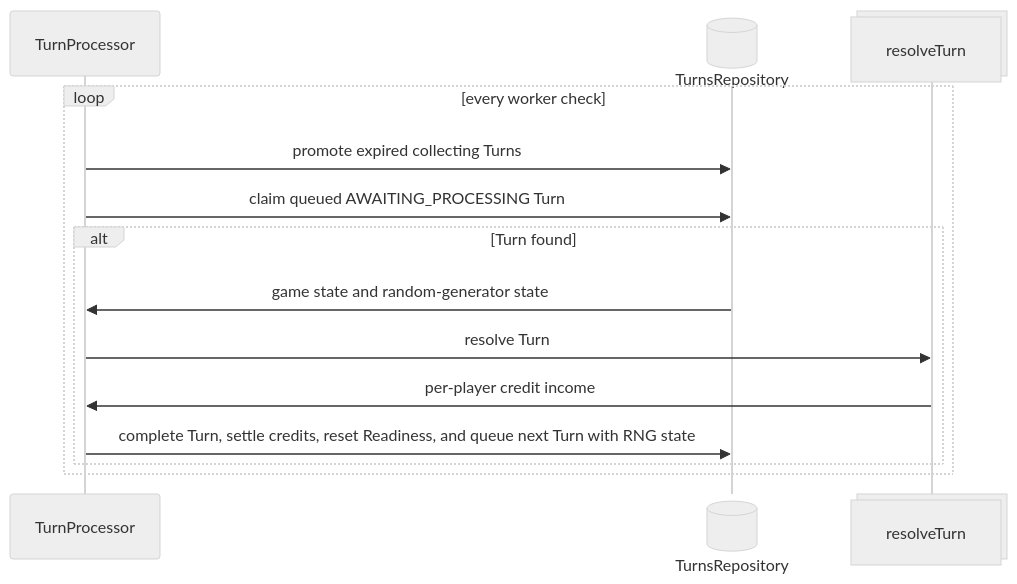
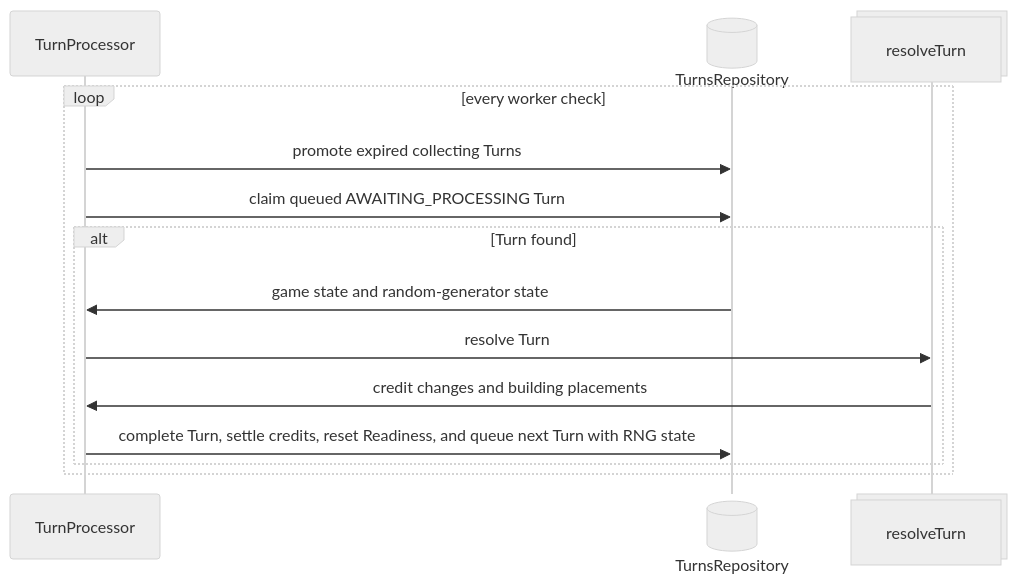
One commit to Guillaume-Docquier/text-based-browser-game-1 changed the diagram in packages/backend/src/turn-processing/ARCHITECTURE.md. Above: the diagram before and after it, drawn with Mermaid (neutral theme). The commit also changed other lines of this file and 35 other files, not shown here.

````diff
--- a/packages/backend/src/turn-processing/ARCHITECTURE.md
+++ b/packages/backend/src/turn-processing/ARCHITECTURE.md
@@ -20,16 +20,16 @@
 ```mermaid
 sequenceDiagram
         participant P3 as TurnProcessor
         participant P1@{ "type": "database" } as TurnsRepository
         participant P2@{ "type": "collections" } as resolveTurn
         loop every worker check
           P3->>P1: promote expired collecting Turns
           P3->>P1: claim queued AWAITING_PROCESSING Turn
           alt Turn found
             P1->>P3: game state and random-generator state
             P3->>P2: resolve Turn
-            P2->>P3: per-player credit income
+            P2->>P3: credit changes and building placements
             P3->>P1: complete Turn, settle credits, reset Readiness, and queue next Turn with RNG state
           end
         end
 ```
````
